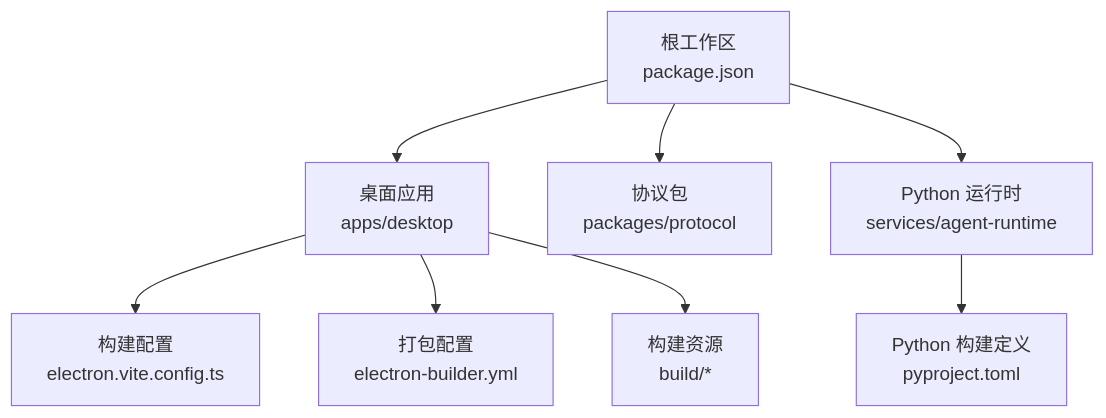
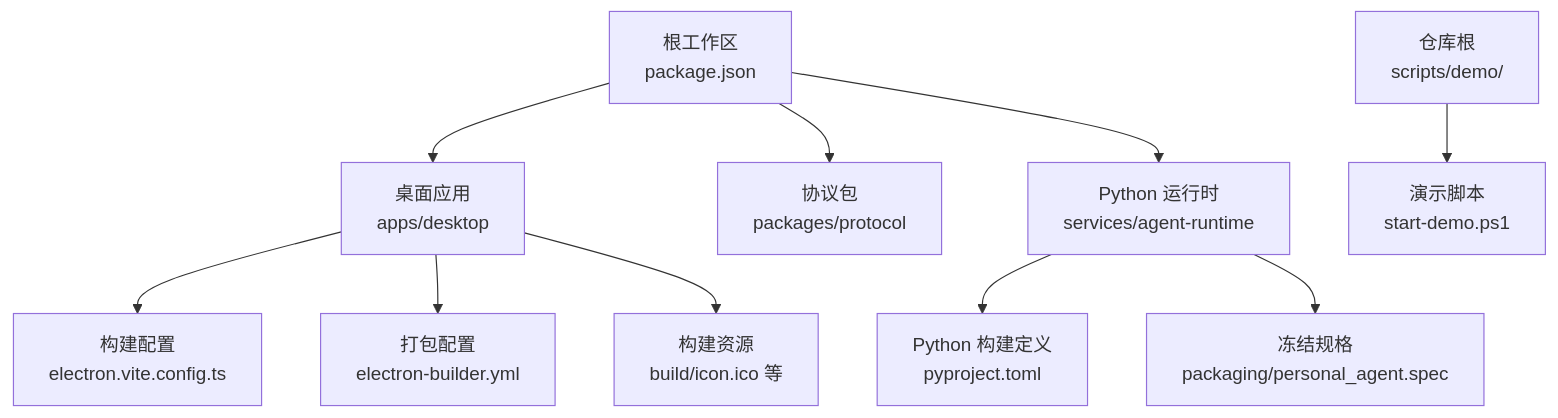
The first of 5 diagrams in .repowiki/zh/content/部署发布.md (Azusa010/personal-agent), drawn with Mermaid before and after one commit. The commit also changed other lines of this file and 40 other files, not shown here.

````diff
--- a/.repowiki/zh/content/部署发布.md
+++ b/.repowiki/zh/content/部署发布.md
@@ -40,10 +44,12 @@
 ```mermaid
 graph TB
 A["根工作区<br/>package.json"] --> B["桌面应用<br/>apps/desktop"]
 A --> C["协议包<br/>packages/protocol"]
 A --> D["Python 运行时<br/>services/agent-runtime"]
 B --> E["构建配置<br/>electron.vite.config.ts"]
 B --> F["打包配置<br/>electron-builder.yml"]
-B --> G["构建资源<br/>build/*"]
+B --> G["构建资源<br/>build/icon.ico 等"]
 D --> H["Python 构建定义<br/>pyproject.toml"]
+D --> I["冻结规格<br/>packaging/personal_agent.spec"]
+R["仓库根<br/>scripts/demo/"] --> S["演示脚本<br/>start-demo.ps1"]
 ```
````
